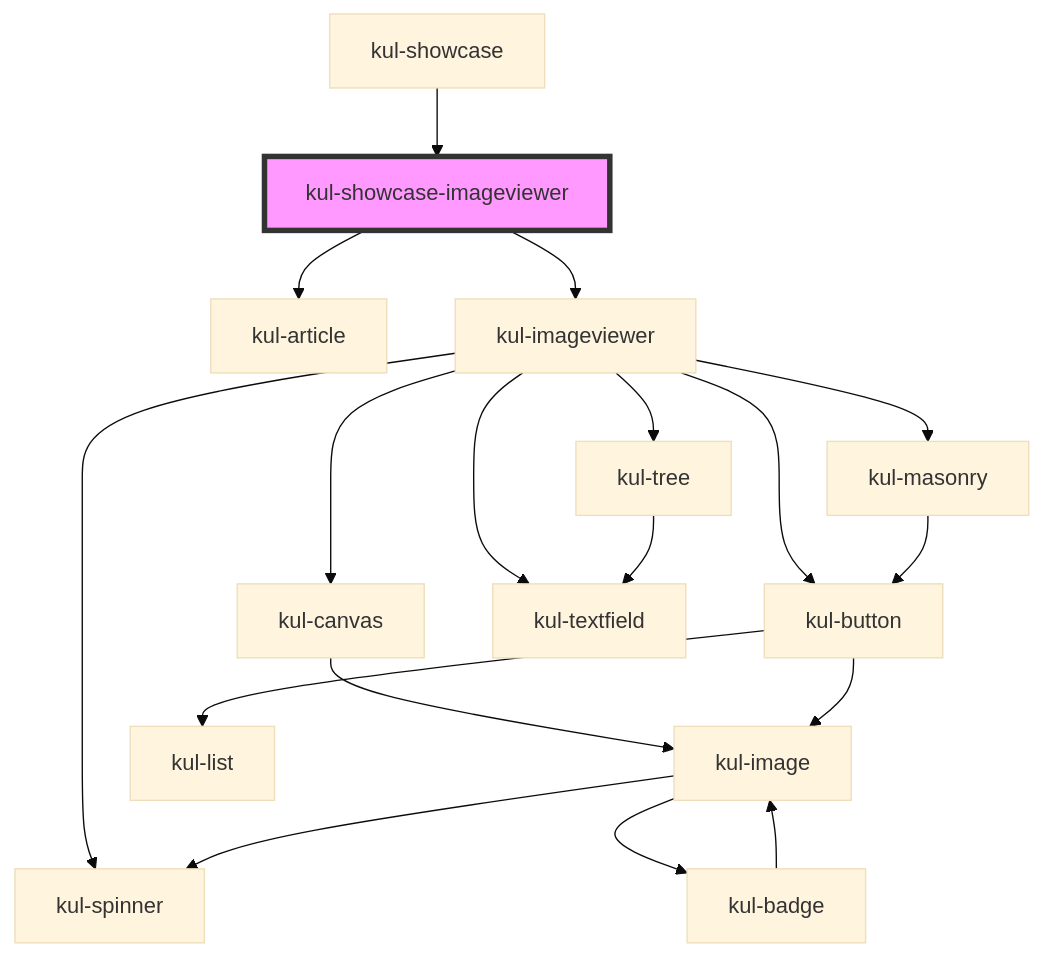
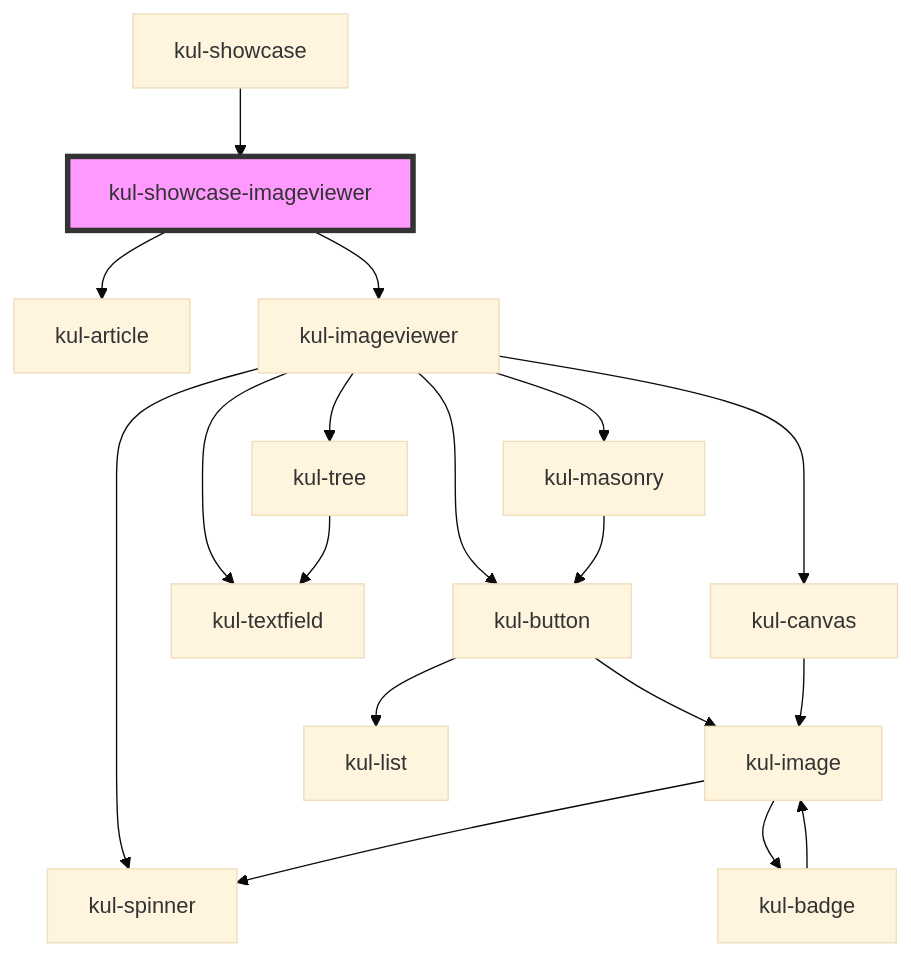
One commit to lucafoscili/ketchup-lite changed the diagram in packages/ketchup-lite/src/components/kul-showcase/components/imageviewer/readme.md. Above: the diagram before and after it, drawn with Mermaid (base theme). The commit also changed other lines of this file and 46 other files, not shown here.

````diff
--- a/packages/ketchup-lite/src/components/kul-showcase/components/imageviewer/readme.md
+++ b/packages/ketchup-lite/src/components/kul-showcase/components/imageviewer/readme.md
@@ -28,21 +28,21 @@
 ```mermaid
 graph TD;
   kul-showcase-imageviewer --> kul-article
   kul-showcase-imageviewer --> kul-imageviewer
-  kul-imageviewer --> kul-canvas
   kul-imageviewer --> kul-button
   kul-imageviewer --> kul-spinner
   kul-imageviewer --> kul-masonry
   kul-imageviewer --> kul-textfield
+  kul-imageviewer --> kul-canvas
   kul-imageviewer --> kul-tree
-  kul-canvas --> kul-image
+  kul-button --> kul-image
+  kul-button --> kul-list
   kul-image --> kul-spinner
   kul-image --> kul-badge
   kul-badge --> kul-image
-  kul-button --> kul-image
-  kul-button --> kul-list
   kul-masonry --> kul-button
+  kul-canvas --> kul-image
   kul-tree --> kul-textfield
   kul-showcase --> kul-showcase-imageviewer
   style kul-showcase-imageviewer fill:#f9f,stroke:#333,stroke-width:4px
 ```
````
